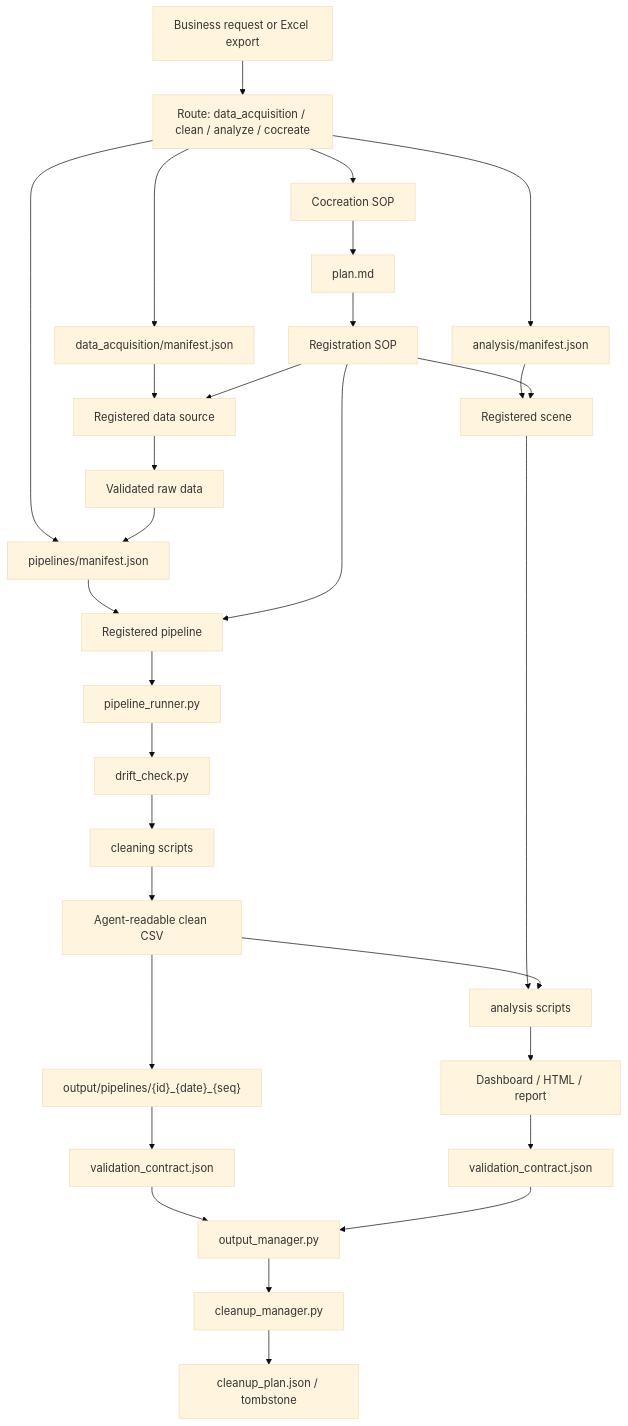
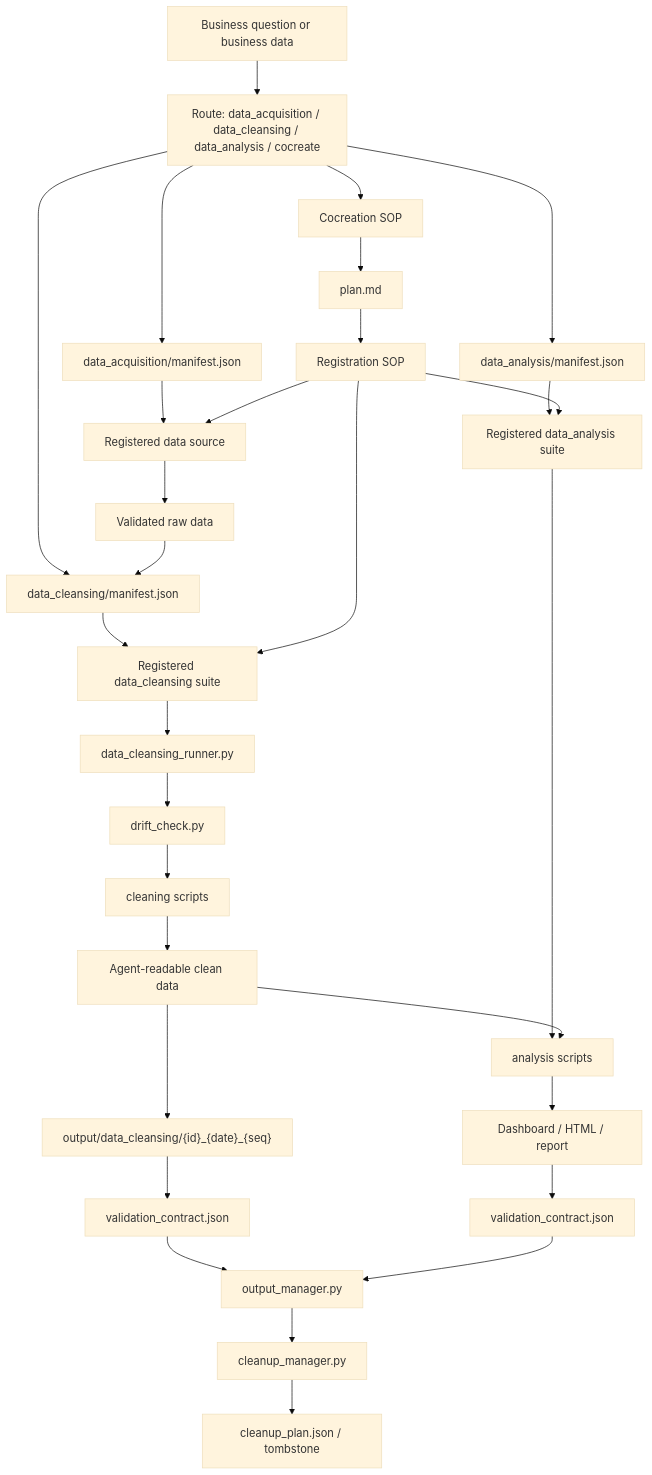
The diagram in README.md (ljysylvia-commits/Xier-Business-Excel-Workflow-Skill), drawn with Mermaid (base theme) before and after one commit. The commit also changed other lines of this file and 39 other files, not shown here.

Commit message:
Sync business data workflow skill release

````diff
--- a/README.md
+++ b/README.md
@@ -229,32 +91,32 @@
 ```mermaid
 flowchart TD
-  U["Business request or Excel export"] --> R["Route: data_acquisition / clean / analyze / cocreate"]
+  U["Business question or business data"] --> R["Route: data_acquisition / data_cleansing / data_analysis / cocreate"]
   R --> DA["data_acquisition/manifest.json"]
-  R --> M1["pipelines/manifest.json"]
-  R --> M2["analysis/manifest.json"]
+  R --> M1["data_cleansing/manifest.json"]
+  R --> M2["data_analysis/manifest.json"]
   DA --> SRC["Registered data source"]
   SRC --> RAW["Validated raw data"]
   RAW --> M1
-  M1 --> P["Registered pipeline"]
-  M2 --> S["Registered scene"]
+  M1 --> P["Registered data_cleansing suite"]
+  M2 --> S["Registered data_analysis suite"]
   R --> C["Cocreation SOP"]
   C --> PLAN["plan.md"]
   PLAN --> REG["Registration SOP"]
   REG --> P
   REG --> S
   REG --> SRC
-  P --> PR["pipeline_runner.py"]
+  P --> PR["data_cleansing_runner.py"]
   PR --> DR["drift_check.py"]
   DR --> GEN["cleaning scripts"]
-  GEN --> CSV["Agent-readable clean CSV"]
-  CSV --> OUT["output/pipelines/{id}_{date}_{seq}"]
+  GEN --> CSV["Agent-readable clean data"]
+  CSV --> OUT["output/data_cleansing/{id}_{date}_{seq}"]
   OUT --> VAL["validation_contract.json"]
   VAL --> OM["output_manager.py"]
   OM --> CLEAN["cleanup_manager.py"]
   CLEAN --> CP["cleanup_plan.json / tombstone"]
   S --> AR["analysis scripts"]
   CSV --> AR
   AR --> AOUT["Dashboard / HTML / report"]
   AOUT --> AVAL["validation_contract.json"]
   AVAL --> OM
 ```
````
